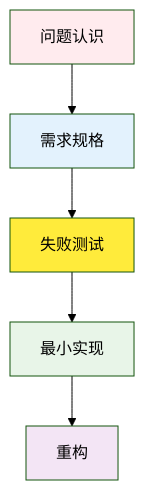
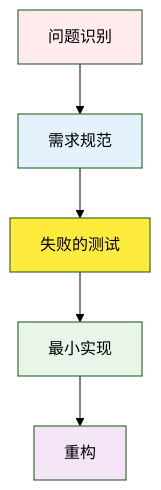
The diagram in docs/src/zh/guides/tdd/red.md (modu-ai/moai-adk), drawn with Mermaid (forest theme) before and after one commit. The commit also changed other lines of this file and 85 other files, not shown here.

````diff
--- a/docs/src/zh/guides/tdd/red.md
+++ b/docs/src/zh/guides/tdd/red.md
@@ -25,13 +25,13 @@
 ```mermaid
 graph TD
-    A[问题认识] --> B[需求规格]
-    B --> C[失败测试]
+    A[问题识别] --> B[需求规范]
+    B --> C[失败的测试]
     C --> D[最小实现]
     D --> E[重构]
 
     style A fill:#ffebee
     style B fill:#e3f2fd
     style C fill:#ffeb3b
     style D fill:#e8f5e8
     style E fill:#f3e5f5
 ```
````
